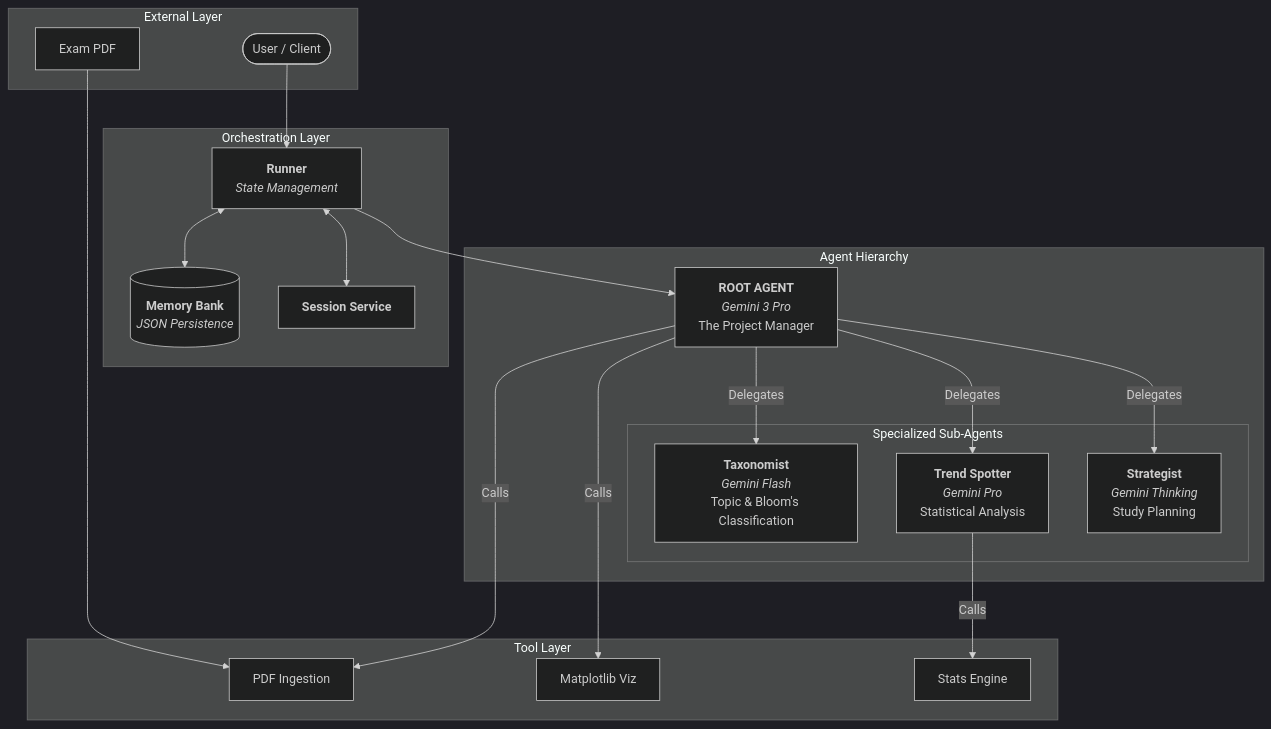
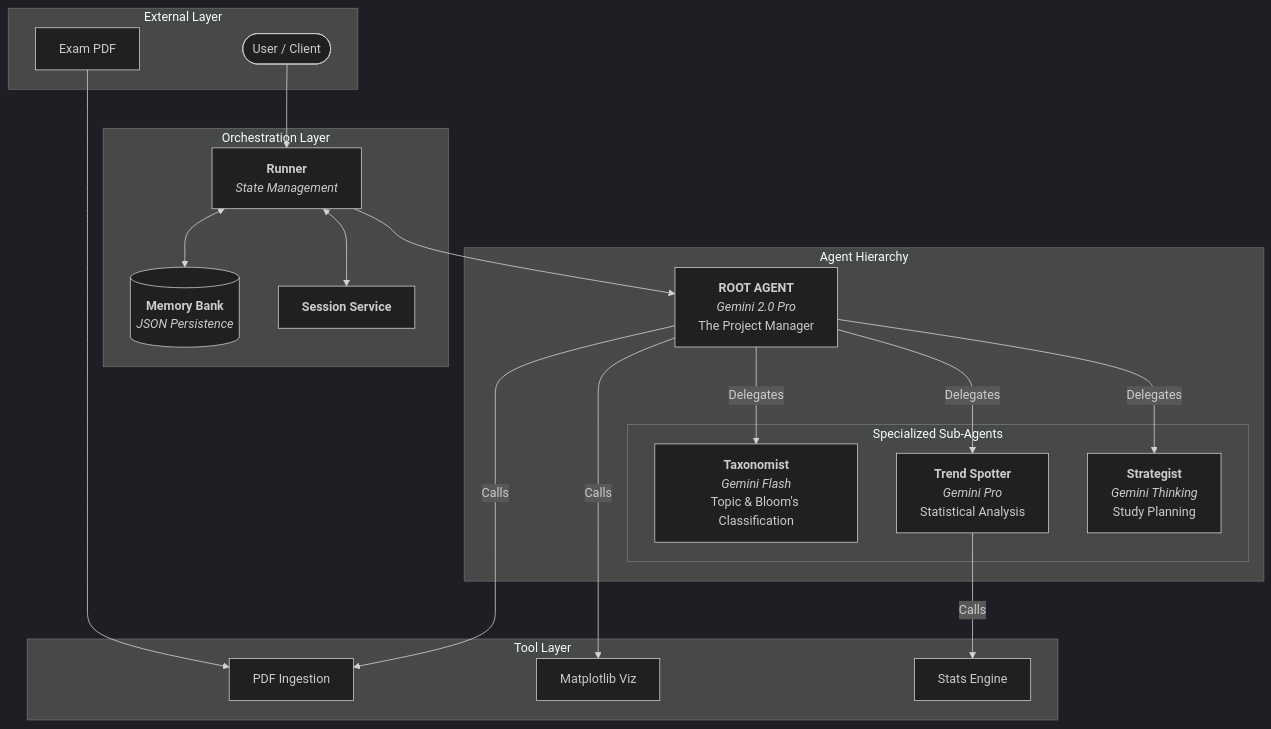
Before and after one commit to amitdevx/Professor_Profiler: the first of 3 diagrams in README.md, drawn with Mermaid (dark theme). The commit also changed other lines of this file and 4 other files, not shown here.

````diff
--- a/README.md
+++ b/README.md
@@ -32,43 +32,43 @@
 ```mermaid
 flowchart TD
     subgraph External_Layer [" External Layer"]
         User([User / Client])
         PDF_File[Exam PDF]
     end
 
     subgraph Orchestration_Layer [" Orchestration Layer"]
         Runner[<b>Runner</b><br><i>State Management</i>]
         Memory[(<b>Memory Bank</b><br><i>JSON Persistence</i>)]
         Session[<b>Session Service</b>]
     end
 
     subgraph Agent_Layer [" Agent Hierarchy"]
-        Root[<b>ROOT AGENT</b><br><i>Gemini 3 Pro</i><br>The Project Manager]
+        Root[<b>ROOT AGENT</b><br><i>Gemini 2.0 Pro</i><br>The Project Manager]
         
         subgraph Workers ["Specialized Sub-Agents"]
             Taxonomist[<b>Taxonomist</b><br><i>Gemini Flash</i><br>Topic & Bloom's Classification]
             Trend[<b>Trend Spotter</b><br><i>Gemini Pro</i><br>Statistical Analysis]
             Strat[<b>Strategist</b><br><i>Gemini Thinking</i><br>Study Planning]
         end
     end
 
     subgraph Tool_Layer [" Tool Layer"]
         Reader[PDF Ingestion]
         Plotter[Matplotlib Viz]
         Calc[Stats Engine]
     end
 
     User --> Runner
     PDF_File --> Reader
     Runner <--> Session
     Runner <--> Memory
     Runner --> Root
     
     Root --Delegates--> Taxonomist
     Root --Delegates--> Trend
     Root --Delegates--> Strat
     
     Root --Calls--> Reader
     Root --Calls--> Plotter
     Trend --Calls--> Calc
 ```
````
